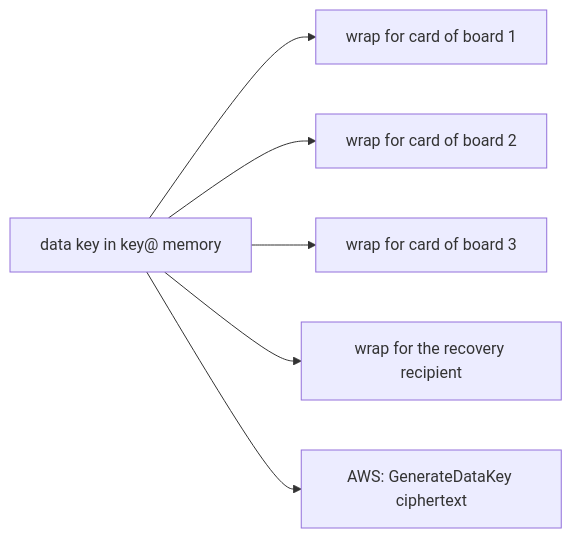
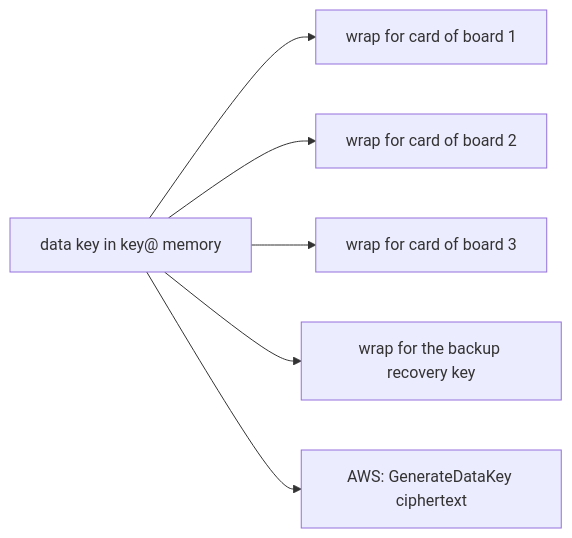
Before and after one commit to truvity/access-roster: the second of 2 diagrams in docs/decisions/0006-keys-and-sealing.md, drawn with Mermaid. The commit also changed other lines of this file and 28 other files, not shown here.

First line of the commit message:
docs: say flow for passkey flows and backup recovery key for the recovery recipient

````diff
--- a/docs/decisions/0006-keys-and-sealing.md
+++ b/docs/decisions/0006-keys-and-sealing.md
@@ -217,8 +217,8 @@
 ```mermaid
 flowchart LR
     DK[data key in key@ memory] --> W1[wrap for card of board 1]
     DK --> W2[wrap for card of board 2]
     DK --> W3[wrap for card of board 3]
-    DK --> WR[wrap for the recovery recipient]
+    DK --> WR[wrap for the backup recovery key]
     DK --> WK[AWS: GenerateDataKey ciphertext]
 ```
````
